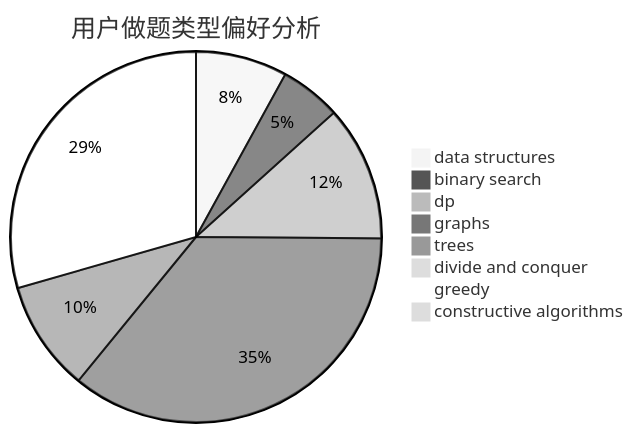
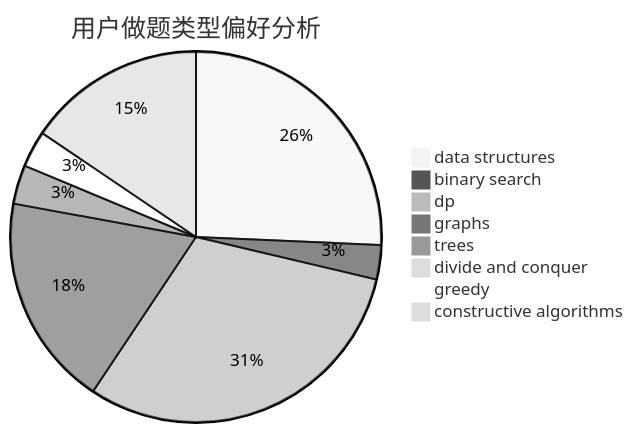
Before and after one commit to sherpahu/cfrs.github.io: the second of 3 diagrams in docs/user/u638.md, drawn with Mermaid (neutral theme). The commit also changed other lines of this file and 2770 other files, not shown here.

````diff
--- a/docs/user/u638.md
+++ b/docs/user/u638.md
@@ -23,11 +23,11 @@
 ```mermaid
 pie title 用户做题类型偏好分析
-    "data structures" :  63
-    "binary search" :  42
-    "dp" :  93
-    "graphs" :  282
-    "trees" :  76
-    "divide and conquer" :  5
-    "greedy" :  232
-    "constructive algorithms" :  4
+    "data structures" :  129
+    "binary search" :  15
+    "dp" :  154
+    "graphs" :  93
+    "trees" :  17
+    "divide and conquer" :  2
+    "greedy" :  16
+    "constructive algorithms" :  78
 ```
````
